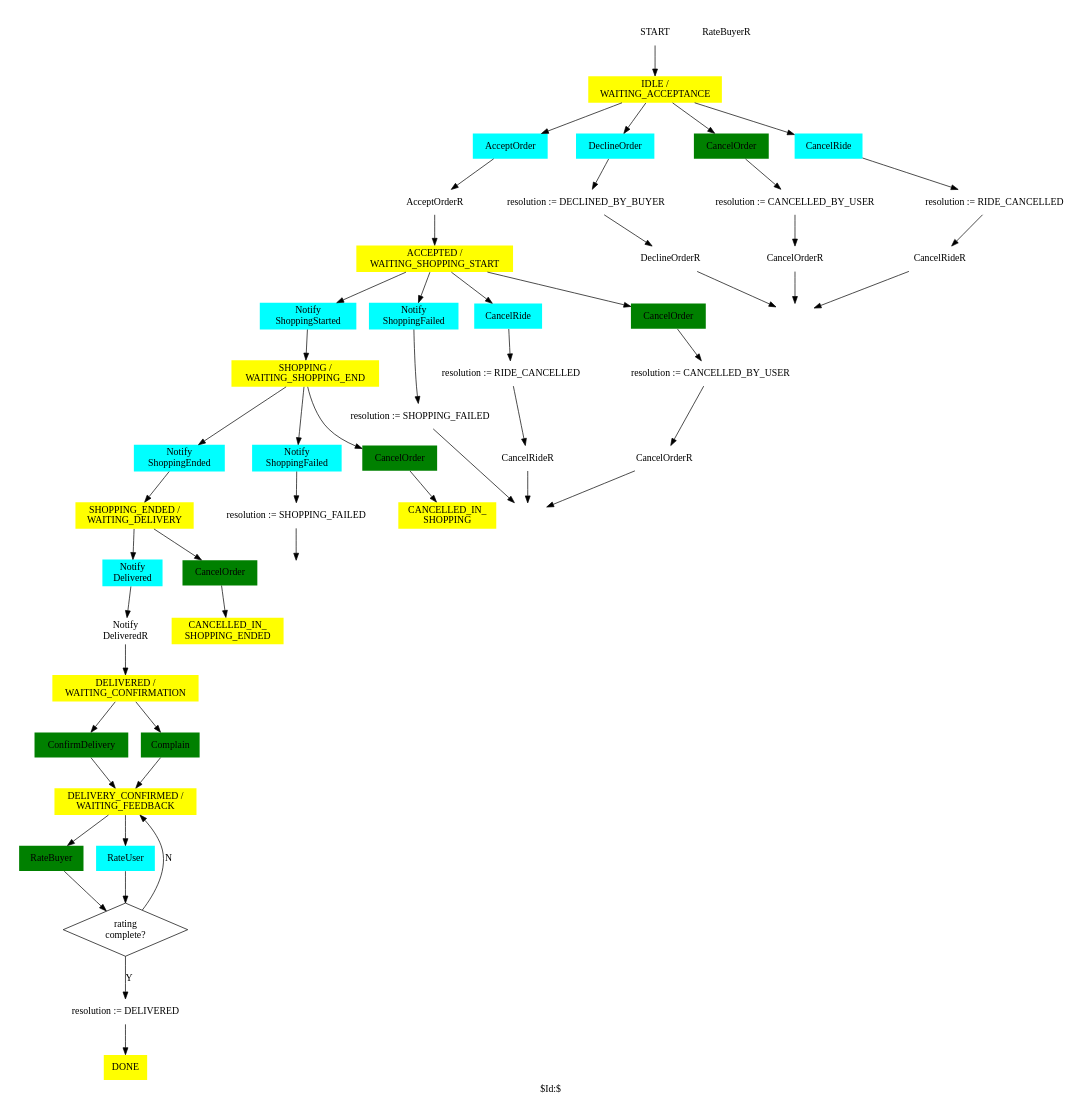
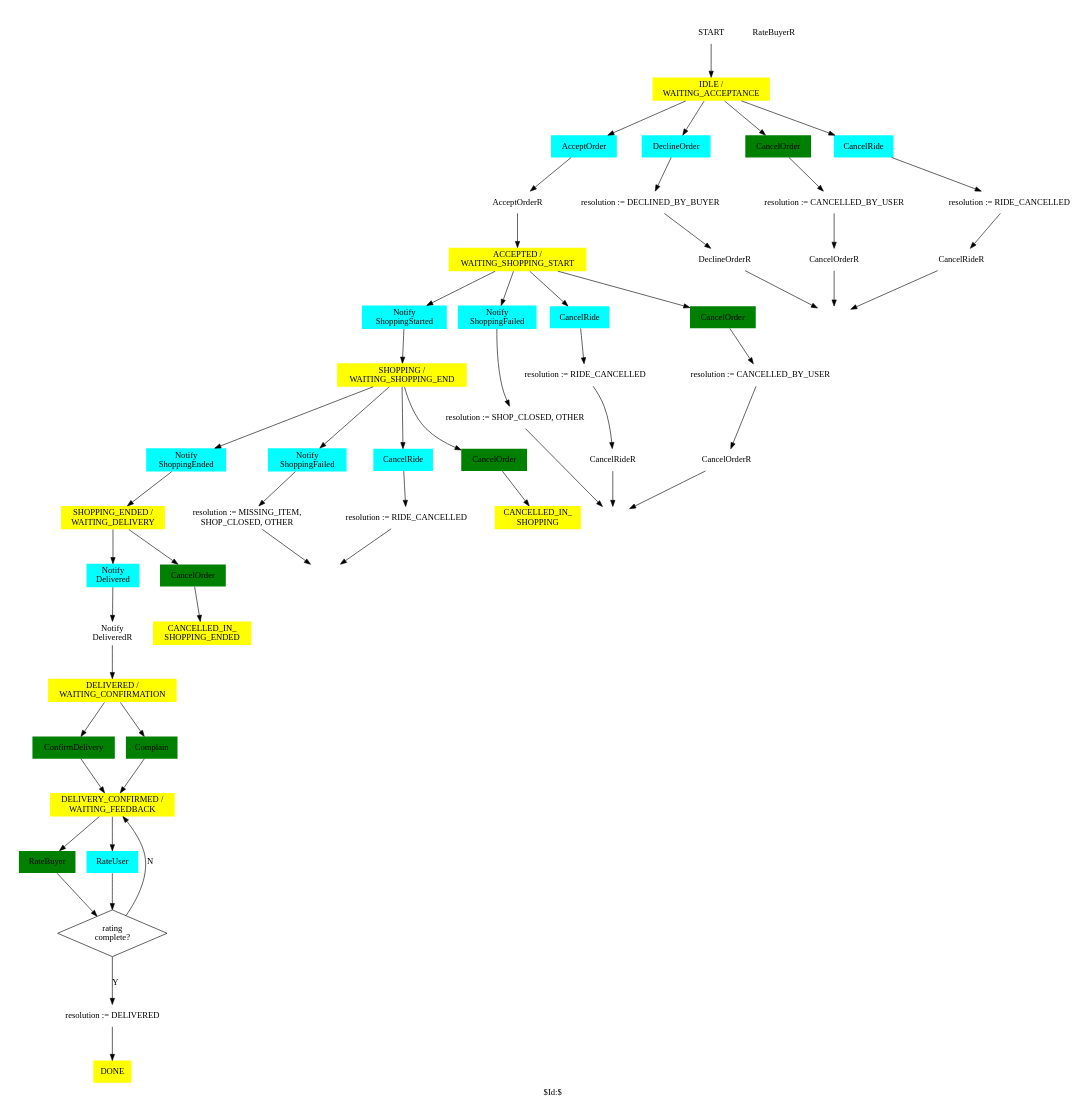
One commit to trodevel/lieferbay_protocol changed the diagram in docs/Order.gv. Above: the diagram before and after it, drawn with Graphviz.

Commit message:
DOC: intermediate results

```diff
--- a/docs/Order.gv
+++ b/docs/Order.gv
@@ -1,129 +1,132 @@
 # Order FSM.
 #
 # Copyright (C) 2019 Sergey Kolevatov
 #
 # This program is free software: you can redistribute it and/or modify
 # it under the terms of the GNU General Public License as published by
 # the Free Software Foundation, either version 3 of the License, or
 # (at your option) any later version.
 #
 # This program is distributed in the hope that it will be useful,
 # but WITHOUT ANY WARRANTY; without even the implied warranty of
 # MERCHANTABILITY or FITNESS FOR A PARTICULAR PURPOSE. See the
 # GNU General Public License for more details.
 #
 # You should have received a copy of the GNU General Public License
 # along with this program. If not, see <http://www.gnu.org/licenses/>.
 #
 # SKV 19a31
 #
 # $Id:$
 #
 # execute: FL=Order; dot -l sdl.ps -Tps $FL.gv -o $FL.ps; ps2pdf $FL.ps $FL.pdf
 
 digraph Order
 {
 
 label="$Id:$";
 
 size="7,7";
 ratio=fill;
 splines=true;
 node [peripheries=0 style=filled fillcolor=white]
 
 ######################################################
 # states
 
 START                           [ shape = sdl_start ]
 WAITING_ACCEPTANCE              [ label = "IDLE /\nWAITING_ACCEPTANCE"            shape = sdl_state fillcolor=yellow ]
 ACCEPTED_WAITING_SHOPPING_START [ label = "ACCEPTED /\nWAITING_SHOPPING_START"    shape = sdl_state fillcolor=yellow ]
 SHOPPING_WAITING_SHOPPING_END   [ label = "SHOPPING /\nWAITING_SHOPPING_END"      shape = sdl_state fillcolor=yellow ]
 CANCELLED_IN_SHOPPING           [ label = "CANCELLED_IN_\nSHOPPING"               shape = sdl_state fillcolor=yellow ]
 SHOPPING_ENDED_WAITING_DELIVERY [ label = "SHOPPING_ENDED /\nWAITING_DELIVERY"    shape = sdl_state fillcolor=yellow ]
 CANCELLED_IN_SHOPPING_ENDED     [ label = "CANCELLED_IN_\nSHOPPING_ENDED"         shape = sdl_state fillcolor=yellow ]
 DELIVERED_WAITING_CONFIRMATION  [ label = "DELIVERED /\nWAITING_CONFIRMATION"     shape = sdl_state fillcolor=yellow ]
 DELIVERY_CONFIRMED_WAITING_FEEDBACK      [ label = "DELIVERY_CONFIRMED /\nWAITING_FEEDBACK"         shape = sdl_state fillcolor=yellow ]
 END                             [ label = ""                              shape = sdl_stop  style=solid ]
 DONE                            [ label = "DONE"                                  shape = sdl_state fillcolor=yellow ]
 
 ######################################################
 # actions
 
 WAITING_ACCEPTANCE__ACCEPT_ORDER            [ label="AcceptOrder"                       shape = sdl_input_from_right fillcolor=cyan ]
 WAITING_ACCEPTANCE__SEND_ACCEPT_ORDER       [ label="AcceptOrderR"                      shape = sdl_output_to_right ]
 WAITING_ACCEPTANCE__DECLINE_ORDER           [ label="DeclineOrder"                      shape = sdl_input_from_right fillcolor=cyan ]
 WAITING_ACCEPTANCE__SEND_DECLINE_ORDER      [ label="DeclineOrderR"                     shape = sdl_output_to_right ]
 WAITING_ACCEPTANCE__CANCEL_ORDER            [ label="CancelOrder"                       shape = sdl_input_from_left  fillcolor=green ]
 WAITING_ACCEPTANCE__SEND_CANCEL_ORDER       [ label="CancelOrderR"                      shape = sdl_output_to_left ]
 WAITING_ACCEPTANCE__CANCEL_RIDE             [ label="CancelRide"                        shape = sdl_input_from_right fillcolor=cyan ]
 WAITING_ACCEPTANCE__SEND_CANCEL_RIDE        [ label="CancelRideR"                       shape = sdl_output_to_right ]
 WAITING_ACCEPTANCE__RESOL_1                 [ label="resolution := CANCELLED_BY_USER"   shape = sdl_task ]
 WAITING_ACCEPTANCE__RESOL_2                 [ label="resolution := DECLINED_BY_BUYER" shape = sdl_task ]
 WAITING_ACCEPTANCE__RESOL_3                 [ label="resolution := RIDE_CANCELLED"      shape = sdl_task ]
 
 ACCEPTED_WAITING_SHOPPING_START__SHOPPING_STARTED [ label="Notify\nShoppingStarted"           shape = sdl_input_from_right fillcolor=cyan ]
 ACCEPTED_WAITING_SHOPPING_START__SHOPPING_FAILED  [ label="Notify\nShoppingFailed"            shape = sdl_input_from_right fillcolor=cyan ]
 ACCEPTED_WAITING_SHOPPING_START__CANCEL_RIDE      [ label="CancelRide"                        shape = sdl_input_from_right fillcolor=cyan ]
 ACCEPTED_WAITING_SHOPPING_START__SEND_CANCEL_RIDE [ label="CancelRideR"                       shape = sdl_output_to_right ]
 ACCEPTED_WAITING_SHOPPING_START__CANCEL_ORDER     [ label="CancelOrder"                       shape = sdl_input_from_left  fillcolor=green ]
 ACCEPTED_WAITING_SHOPPING_START__SEND_CANCEL_ORDER    [ label="CancelOrderR"                  shape = sdl_output_to_left ]
 #ACCEPTED_WAITING_SHOPPING_START__CANCEL_ORDER_2   [ label="CancelOrder"                       shape = sdl_input_from_right fillcolor=cyan ]
 #ACCEPTED_WAITING_SHOPPING_START__SEND_CANCEL_ORDER_2  [ label="CancelOrderR"                  shape = sdl_output_to_right ]
 ACCEPTED_WAITING_SHOPPING_START__RESOL_1          [ label="resolution := RIDE_CANCELLED"      shape = sdl_task ]
 ACCEPTED_WAITING_SHOPPING_START__RESOL_2          [ label="resolution := CANCELLED_BY_USER"   shape = sdl_task ]
-ACCEPTED_WAITING_SHOPPING_START__RESOL_3          [ label="resolution := SHOPPING_FAILED"     shape = sdl_task ]
+ACCEPTED_WAITING_SHOPPING_START__RESOL_3          [ label="resolution := SHOP_CLOSED, OTHER"     shape = sdl_task ]
 ACCEPTED_WAITING_SHOPPING_START__END              [ label = ""                                shape = sdl_stop  style=solid ]
 
 
 SHOPPING_WAITING_SHOPPING_END__SHOPPING_ENDED     [ label="Notify\nShoppingEnded"             shape = sdl_input_from_right fillcolor=cyan ]
 SHOPPING_WAITING_SHOPPING_END__SHOPPING_FAILED    [ label="Notify\nShoppingFailed"            shape = sdl_input_from_right fillcolor=cyan ]
+SHOPPING_WAITING_SHOPPING_END__CANCEL_RIDE        [ label="CancelRide"                        shape = sdl_input_from_right fillcolor=cyan ]
 SHOPPING_WAITING_SHOPPING_END__CANCEL_ORDER       [ label="CancelOrder"                       shape = sdl_input_from_left  fillcolor=green ]
-SHOPPING_WAITING_SHOPPING_END__RESOL_3            [ label="resolution := SHOPPING_FAILED"     shape = sdl_task ]
+SHOPPING_WAITING_SHOPPING_END__RESOL_1            [ label="resolution := RIDE_CANCELLED"      shape = sdl_task ]
+SHOPPING_WAITING_SHOPPING_END__RESOL_3            [ label="resolution := MISSING_ITEM,\nSHOP_CLOSED, OTHER"     shape = sdl_task ]
 SHOPPING_WAITING_SHOPPING_END__END                [ label = ""                                shape = sdl_stop  style=solid ]
 
 SHOPPING_ENDED_WAITING_DELIVERY__DELIVERED        [ label="Notify\nDelivered"                 shape = sdl_input_from_right fillcolor=cyan ]
 SHOPPING_ENDED_WAITING_DELIVERY__CANCEL_ORDER     [ label="CancelOrder"                       shape = sdl_input_from_left  fillcolor=green ]
 SHOPPING_ENDED_WAITING_DELIVERY__SEND_DELIVERED   [ label="Notify\nDeliveredR"                shape = sdl_output_to_right ]
 
 DELIVERED_WAITING_CONFIRMATION__CONFIRM           [ label="ConfirmDelivery"                   shape = sdl_input_from_left  fillcolor=green ]
 DELIVERED_WAITING_CONFIRMATION__COMPLAIN          [ label="Complain"                          shape = sdl_input_from_left  fillcolor=green ]
 
 DELIVERY_CONFIRMED_WAITING_FEEDBACK__RATE_BUYER    [ label="RateBuyer"                        shape = sdl_input_from_left  fillcolor=green ]
 DELIVERY_CONFIRMED_WAITING_FEEDBACK__SEND_RATE_BUYER    [ label="RateBuyerR"                  shape = sdl_output_to_left ]
 DELIVERY_CONFIRMED_WAITING_FEEDBACK__RATE_USER     [ label="RateUser"                         shape = sdl_input_from_right fillcolor=cyan ]
 DELIVERY_CONFIRMED_WAITING_FEEDBACK__RATING_COMPLETE [ label="rating\ncomplete?"              shape = diamond peripheries=1]
 DELIVERY_CONFIRMED_WAITING_FEEDBACK__RESOL_1         [ label="resolution := DELIVERED"        shape = sdl_task ]
 
 ######################################################
 # transitions
 
 START -> WAITING_ACCEPTANCE
 
 WAITING_ACCEPTANCE -> WAITING_ACCEPTANCE__ACCEPT_ORDER   -> WAITING_ACCEPTANCE__SEND_ACCEPT_ORDER -> ACCEPTED_WAITING_SHOPPING_START
 WAITING_ACCEPTANCE -> WAITING_ACCEPTANCE__CANCEL_ORDER   -> WAITING_ACCEPTANCE__RESOL_1 -> WAITING_ACCEPTANCE__SEND_CANCEL_ORDER  -> END
 WAITING_ACCEPTANCE -> WAITING_ACCEPTANCE__DECLINE_ORDER  -> WAITING_ACCEPTANCE__RESOL_2 -> WAITING_ACCEPTANCE__SEND_DECLINE_ORDER -> END
 WAITING_ACCEPTANCE -> WAITING_ACCEPTANCE__CANCEL_RIDE    -> WAITING_ACCEPTANCE__RESOL_3 -> WAITING_ACCEPTANCE__SEND_CANCEL_RIDE   -> END
 
 ACCEPTED_WAITING_SHOPPING_START -> ACCEPTED_WAITING_SHOPPING_START__CANCEL_RIDE    -> ACCEPTED_WAITING_SHOPPING_START__RESOL_1 -> ACCEPTED_WAITING_SHOPPING_START__SEND_CANCEL_RIDE    -> ACCEPTED_WAITING_SHOPPING_START__END
 ACCEPTED_WAITING_SHOPPING_START -> ACCEPTED_WAITING_SHOPPING_START__CANCEL_ORDER   -> ACCEPTED_WAITING_SHOPPING_START__RESOL_2 -> ACCEPTED_WAITING_SHOPPING_START__SEND_CANCEL_ORDER   -> ACCEPTED_WAITING_SHOPPING_START__END
 
 ACCEPTED_WAITING_SHOPPING_START -> ACCEPTED_WAITING_SHOPPING_START__SHOPPING_STARTED -> SHOPPING_WAITING_SHOPPING_END
 ACCEPTED_WAITING_SHOPPING_START -> ACCEPTED_WAITING_SHOPPING_START__SHOPPING_FAILED  -> ACCEPTED_WAITING_SHOPPING_START__RESOL_3 -> ACCEPTED_WAITING_SHOPPING_START__END
 
 SHOPPING_WAITING_SHOPPING_END -> SHOPPING_WAITING_SHOPPING_END__SHOPPING_ENDED  -> SHOPPING_ENDED_WAITING_DELIVERY
+SHOPPING_WAITING_SHOPPING_END -> SHOPPING_WAITING_SHOPPING_END__CANCEL_RIDE     -> SHOPPING_WAITING_SHOPPING_END__RESOL_1 -> SHOPPING_WAITING_SHOPPING_END__END
 SHOPPING_WAITING_SHOPPING_END -> SHOPPING_WAITING_SHOPPING_END__SHOPPING_FAILED -> SHOPPING_WAITING_SHOPPING_END__RESOL_3 -> SHOPPING_WAITING_SHOPPING_END__END
 SHOPPING_WAITING_SHOPPING_END -> SHOPPING_WAITING_SHOPPING_END__CANCEL_ORDER    -> CANCELLED_IN_SHOPPING
 
 SHOPPING_ENDED_WAITING_DELIVERY -> SHOPPING_ENDED_WAITING_DELIVERY__DELIVERED      -> SHOPPING_ENDED_WAITING_DELIVERY__SEND_DELIVERED -> DELIVERED_WAITING_CONFIRMATION
 SHOPPING_ENDED_WAITING_DELIVERY -> SHOPPING_ENDED_WAITING_DELIVERY__CANCEL_ORDER   -> CANCELLED_IN_SHOPPING_ENDED
 
 DELIVERED_WAITING_CONFIRMATION -> DELIVERED_WAITING_CONFIRMATION__CONFIRM  -> DELIVERY_CONFIRMED_WAITING_FEEDBACK
 DELIVERED_WAITING_CONFIRMATION -> DELIVERED_WAITING_CONFIRMATION__COMPLAIN -> DELIVERY_CONFIRMED_WAITING_FEEDBACK
 
 DELIVERY_CONFIRMED_WAITING_FEEDBACK -> DELIVERY_CONFIRMED_WAITING_FEEDBACK__RATE_BUYER -> DELIVERY_CONFIRMED_WAITING_FEEDBACK__RATING_COMPLETE
 DELIVERY_CONFIRMED_WAITING_FEEDBACK -> DELIVERY_CONFIRMED_WAITING_FEEDBACK__RATE_USER  -> DELIVERY_CONFIRMED_WAITING_FEEDBACK__RATING_COMPLETE
                                                                                           DELIVERY_CONFIRMED_WAITING_FEEDBACK__RATING_COMPLETE -> DELIVERY_CONFIRMED_WAITING_FEEDBACK__RESOL_1 [ label="Y" ]
                                                                                                                                                   DELIVERY_CONFIRMED_WAITING_FEEDBACK__RESOL_1 -> DONE
                                                                                           DELIVERY_CONFIRMED_WAITING_FEEDBACK__RATING_COMPLETE -> DELIVERY_CONFIRMED_WAITING_FEEDBACK          [ label="N" ]
 
 }
```
